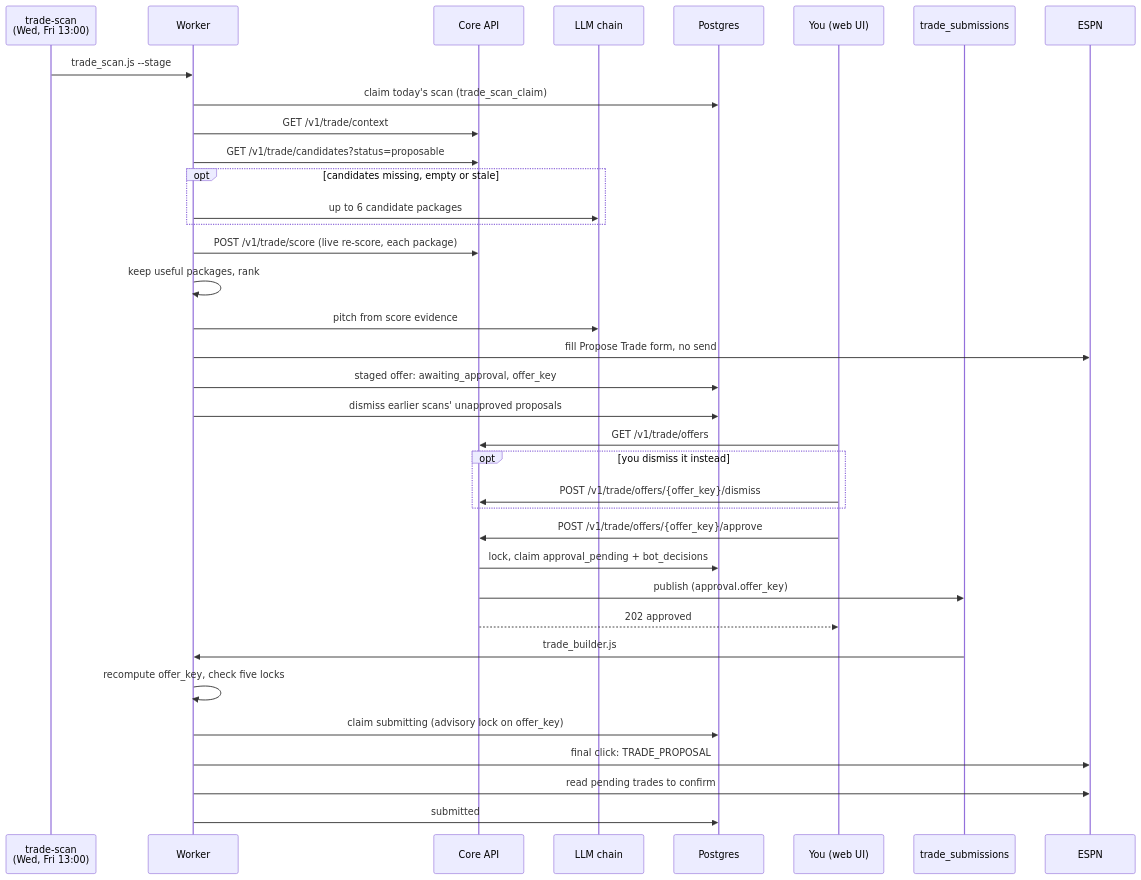
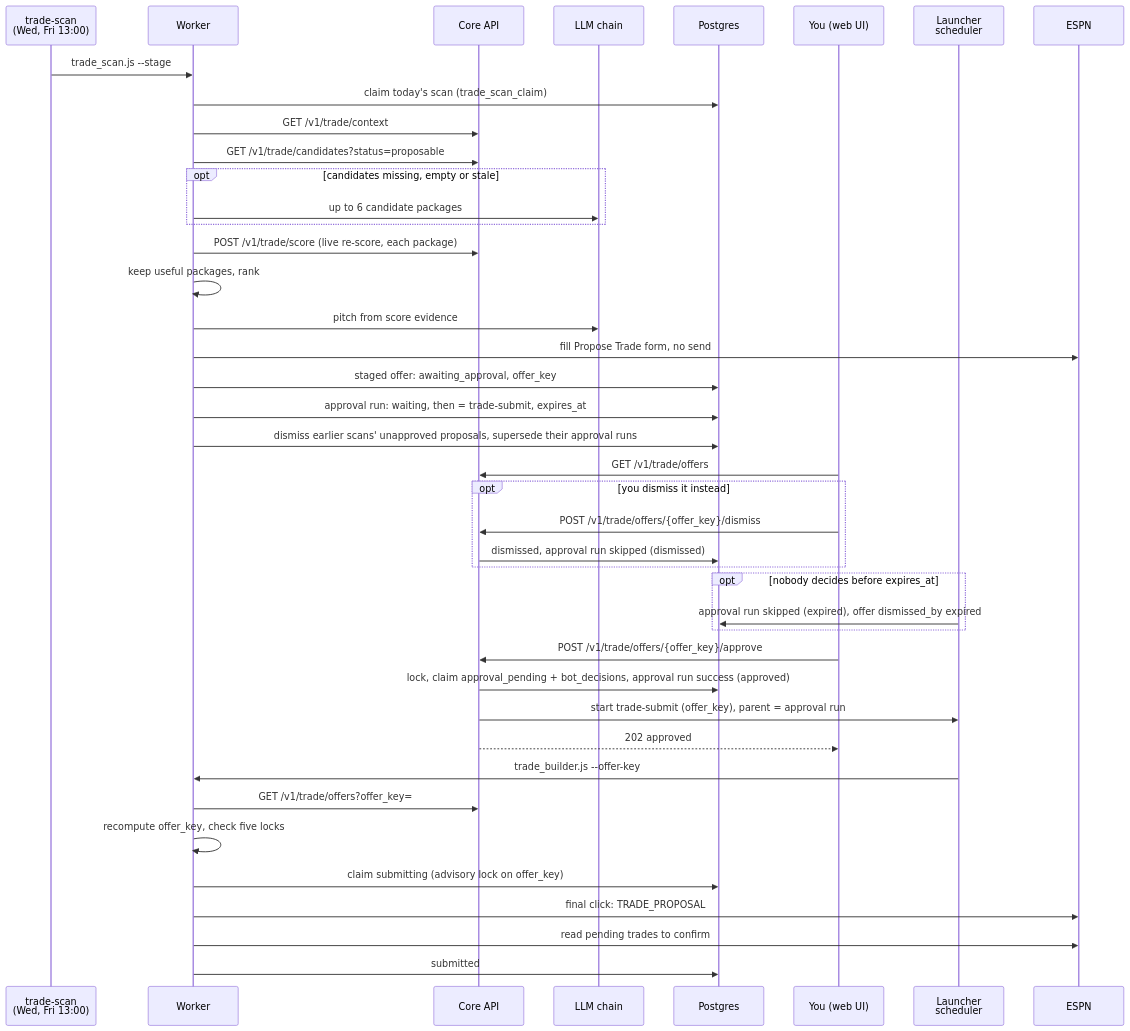
The first of 3 diagrams in docs/overview/flows/outgoing-trades.md (cvillarr23/fantasy-project), drawn with Mermaid before and after one commit. The commit also changed other lines of this file and 1 other file, not shown here.

First line of the commit message:
Document approval runs and the launcher-run trade send (#114)

````diff
--- a/docs/overview/flows/outgoing-trades.md
+++ b/docs/overview/flows/outgoing-trades.md
@@ -9,38 +9,44 @@
 ```mermaid
 sequenceDiagram
     participant CJ as trade-scan<br/>(Wed, Fri 13:00)
     participant W as Worker
     participant API as Core API
     participant L as LLM chain
     participant DB as Postgres
     participant U as You (web UI)
-    participant MQ as trade_submissions
+    participant L2 as Launcher<br/>scheduler
     participant E as ESPN
     CJ->>W: trade_scan.js --stage
     W->>DB: claim today's scan (trade_scan_claim)
     W->>API: GET /v1/trade/context
     W->>API: GET /v1/trade/candidates?status=proposable
     opt candidates missing, empty or stale
         W->>L: up to 6 candidate packages
     end
     W->>API: POST /v1/trade/score (live re-score, each package)
     W->>W: keep useful packages, rank
     W->>L: pitch from score evidence
     W->>E: fill Propose Trade form, no send
     W->>DB: staged offer: awaiting_approval, offer_key
-    W->>DB: dismiss earlier scans' unapproved proposals
+    W->>DB: approval run: waiting, then = trade-submit, expires_at
+    W->>DB: dismiss earlier scans' unapproved proposals, supersede their approval runs
     U->>API: GET /v1/trade/offers
     opt you dismiss it instead
         U->>API: POST /v1/trade/offers/{offer_key}/dismiss
+        API->>DB: dismissed, approval run skipped (dismissed)
+    end
+    opt nobody decides before expires_at
+        L2->>DB: approval run skipped (expired), offer dismissed_by expired
     end
     U->>API: POST /v1/trade/offers/{offer_key}/approve
-    API->>DB: lock, claim approval_pending + bot_decisions
-    API->>MQ: publish (approval.offer_key)
+    API->>DB: lock, claim approval_pending + bot_decisions, approval run success (approved)
+    API->>L2: start trade-submit (offer_key), parent = approval run
     API-->>U: 202 approved
-    MQ->>W: trade_builder.js
+    L2->>W: trade_builder.js --offer-key
+    W->>API: GET /v1/trade/offers?offer_key=
     W->>W: recompute offer_key, check five locks
     W->>DB: claim submitting (advisory lock on offer_key)
     W->>E: final click: TRADE_PROPOSAL
     W->>E: read pending trades to confirm
     W->>DB: submitted
 ```
````
